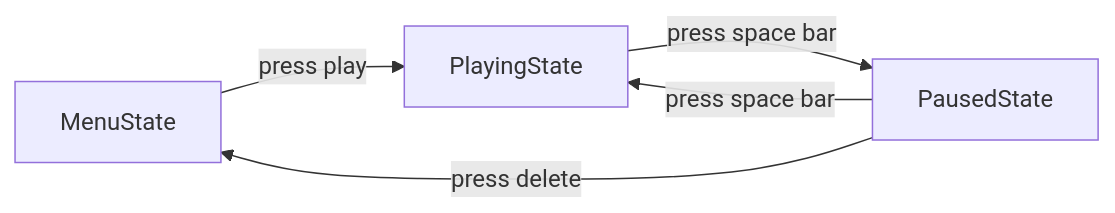
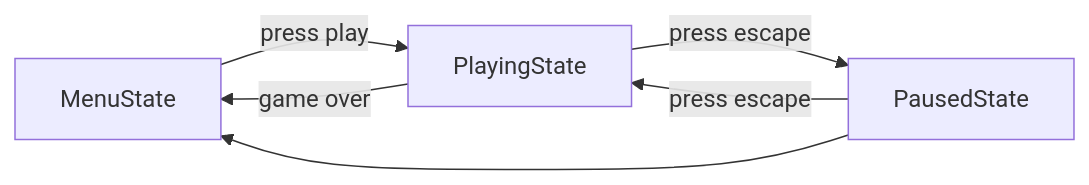
Before and after one commit to juhalo/evolving-dungeon: the second of 2 diagrams in README.md, drawn with Mermaid. The commit also changed other lines of this file and 2 other files, not shown here.

Commit message:
Change which states transition to which ones
Changes the keybindings as well as removes the option to go to main
menu straight away from playing state. Updates README.

````diff
--- a/README.md
+++ b/README.md
@@ -103,7 +104,8 @@
 ```mermaid
 flowchart LR
     MenuState -->|press play|PlayingState
-    PlayingState -->|press space bar|PausedState
-    PausedState -->|press space bar|PlayingState
-    PausedState -->|press delete|MenuState
+    PlayingState -->|press escape|PausedState
+    PausedState -->|press escape|PlayingState
+    PausedState -->MenuState
+    PlayingState -->|game over|MenuState
 ```
````
